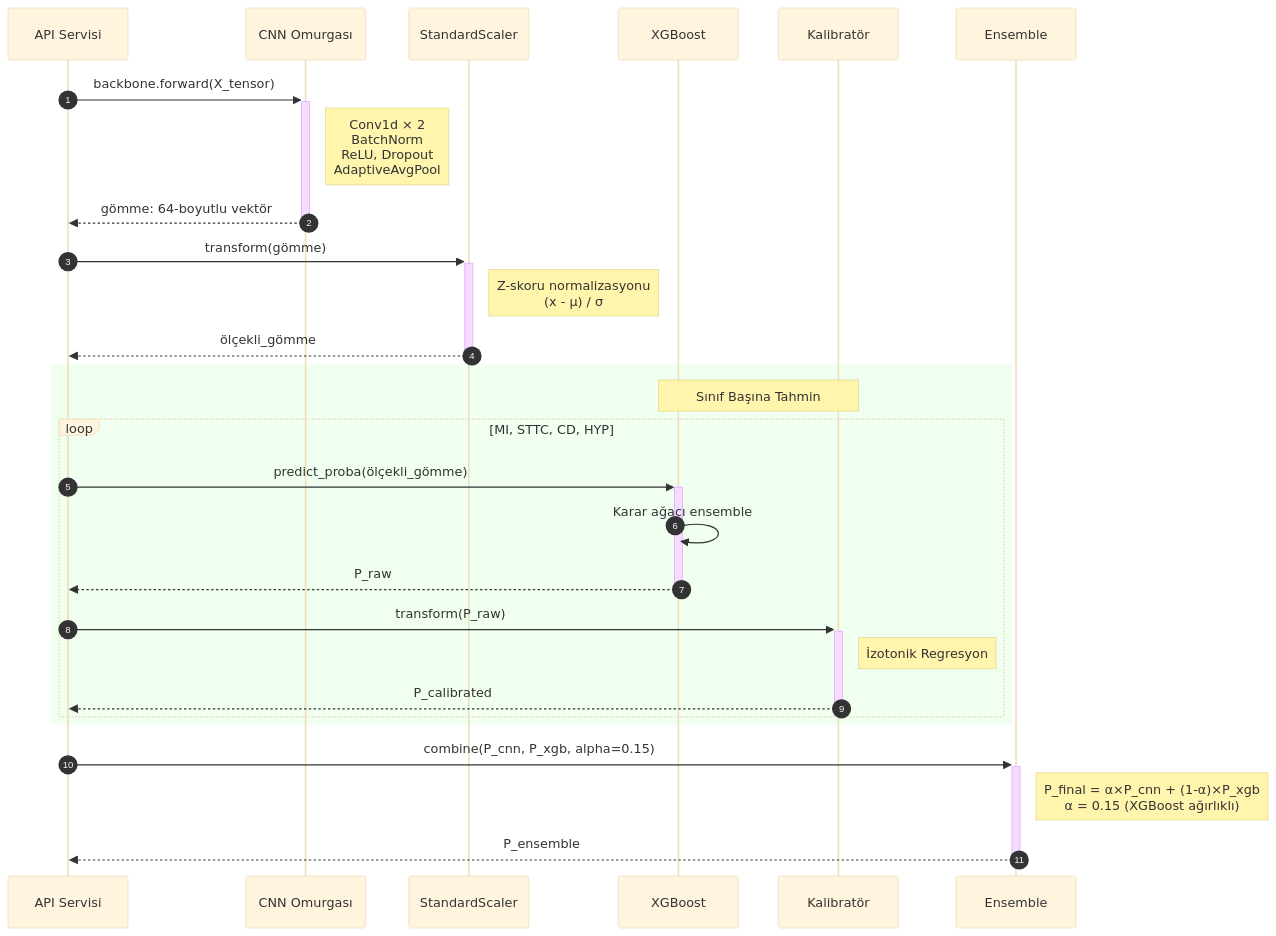
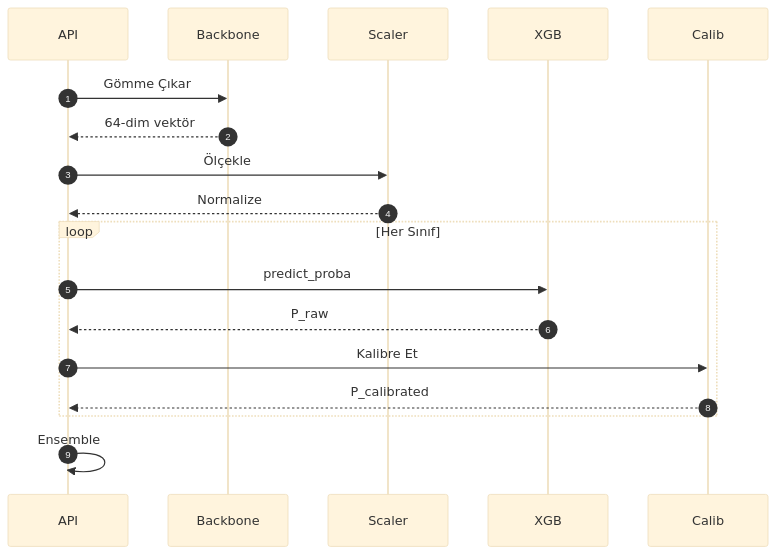
Before and after one commit to mUsaulug/CardioGuard-AI: the fourth of 9 diagrams in docs/diagrams/06_sequence_diagram.md, drawn with Mermaid (base theme). The commit also changed other lines of this file and 5 other files, not shown here.

````diff
--- a/docs/diagrams/06_sequence_diagram.md
+++ b/docs/diagrams/06_sequence_diagram.md
@@ -215,35 +159,24 @@
 ```mermaid
 sequenceDiagram
     autonumber
-    participant API as API Servisi
-    participant Backbone as CNN Omurgası
-    participant Scaler as StandardScaler
-    participant XGB as XGBoost
-    participant Calib as Kalibratör
-    participant Ensemble as Ensemble
+    participant API
+    participant Backbone
+    participant Scaler
+    participant XGB
+    participant Calib
     
-    API->>+Backbone: backbone.forward(X_tensor)
-    Note right of Backbone: Conv1d × 2<br/>BatchNorm<br/>ReLU, Dropout<br/>AdaptiveAvgPool
-    Backbone-->>-API: gömme: 64-boyutlu vektör
+    API->>Backbone: Gömme Çıkar
+    Backbone-->>API: 64-dim vektör
     
-    API->>+Scaler: transform(gömme)
-    Note right of Scaler: Z-skoru normalizasyonu<br/>(x - μ) / σ
-    Scaler-->>-API: ölçekli_gömme
+    API->>Scaler: Ölçekle
+    Scaler-->>API: Normalize
     
-    rect rgb(240, 255, 240)
-        Note over XGB, Calib: Sınıf Başına Tahmin
-        loop MI, STTC, CD, HYP
-            API->>+XGB: predict_proba(ölçekli_gömme)
-            XGB->>XGB: Karar ağacı ensemble
-            XGB-->>-API: P_raw
-            
-            API->>+Calib: transform(P_raw)
-            Note right of Calib: İzotonik Regresyon
-            Calib-->>-API: P_calibrated
-        end
+    loop Her Sınıf
+        API->>XGB: predict_proba
+        XGB-->>API: P_raw
+        API->>Calib: Kalibre Et
+        Calib-->>API: P_calibrated
     end
     
-    API->>+Ensemble: combine(P_cnn, P_xgb, alpha=0.15)
-    Note right of Ensemble: P_final = α×P_cnn + (1-α)×P_xgb<br/>α = 0.15 (XGBoost ağırlıklı)
-    Ensemble-->>-API: P_ensemble
+    API->>API: Ensemble
 ```
````
